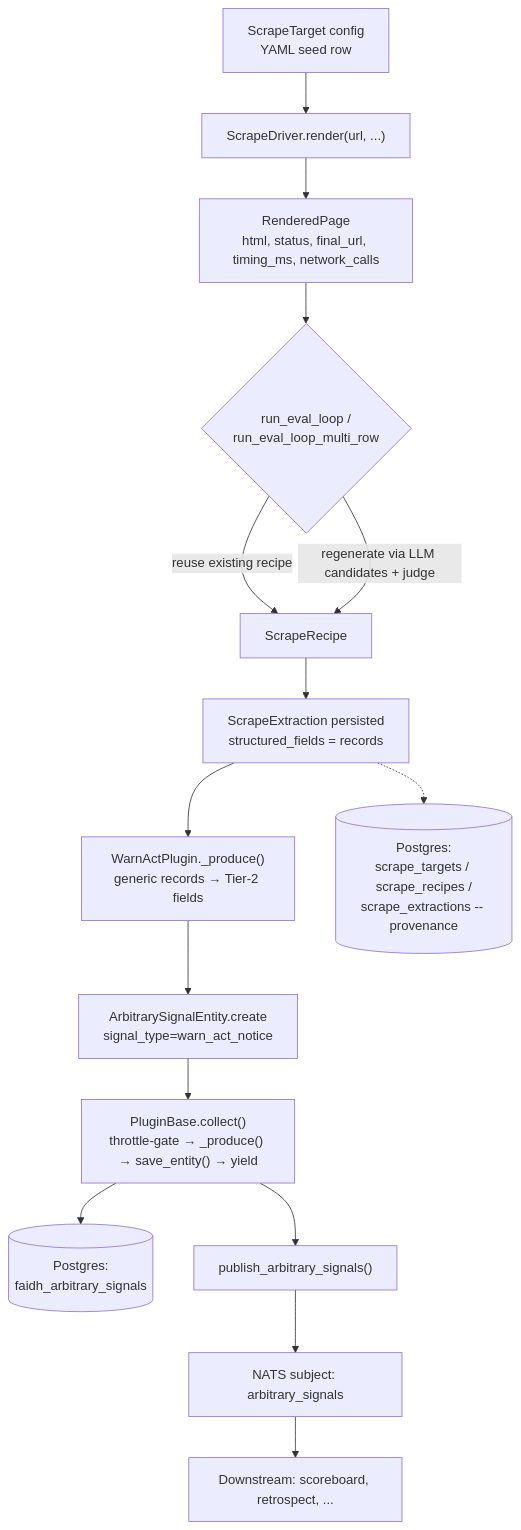
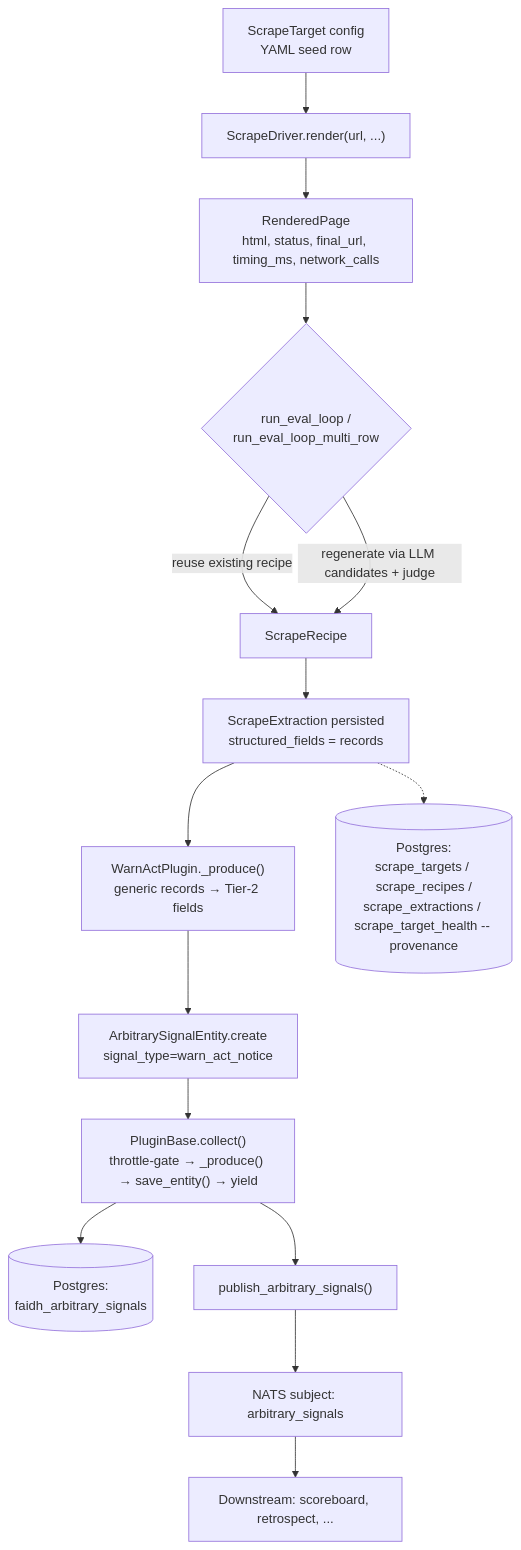
Before and after one commit to pacepace/3tears: the first of 3 diagrams in packages/scrape/README.md, drawn with Mermaid. The commit also changed other lines of this file and 12 other files, not shown here.

````diff
--- a/packages/scrape/README.md
+++ b/packages/scrape/README.md
@@ -59,18 +59,18 @@
 ```mermaid
 flowchart TD
     A[ScrapeTarget config<br/>YAML seed row] --> B["ScrapeDriver.render(url, ...)"]
     B --> C[RenderedPage<br/>html, status, final_url, timing_ms, network_calls]
     C --> D{run_eval_loop /<br/>run_eval_loop_multi_row}
     D -->|reuse existing recipe| E[ScrapeRecipe]
     D -->|regenerate via LLM candidates + judge| E
     E --> F[ScrapeExtraction persisted<br/>structured_fields = records]
     F --> G["WarnActPlugin._produce()<br/>generic records → Tier-2 fields"]
     G --> H[ArbitrarySignalEntity.create<br/>signal_type=warn_act_notice]
     H --> I["PluginBase.collect()<br/>throttle-gate → _produce() → save_entity() → yield"]
     I --> J[(Postgres:<br/>faidh_arbitrary_signals)]
     I --> K["publish_arbitrary_signals()"]
     K --> L[NATS subject: arbitrary_signals]
     L --> M[Downstream: scoreboard, retrospect, ...]
 
-    F -.-> N[(Postgres:<br/>scrape_targets / scrape_recipes /<br/>scrape_extractions -- provenance)]
+    F -.-> N[(Postgres:<br/>scrape_targets / scrape_recipes /<br/>scrape_extractions / scrape_target_health -- provenance)]
 ```
````
